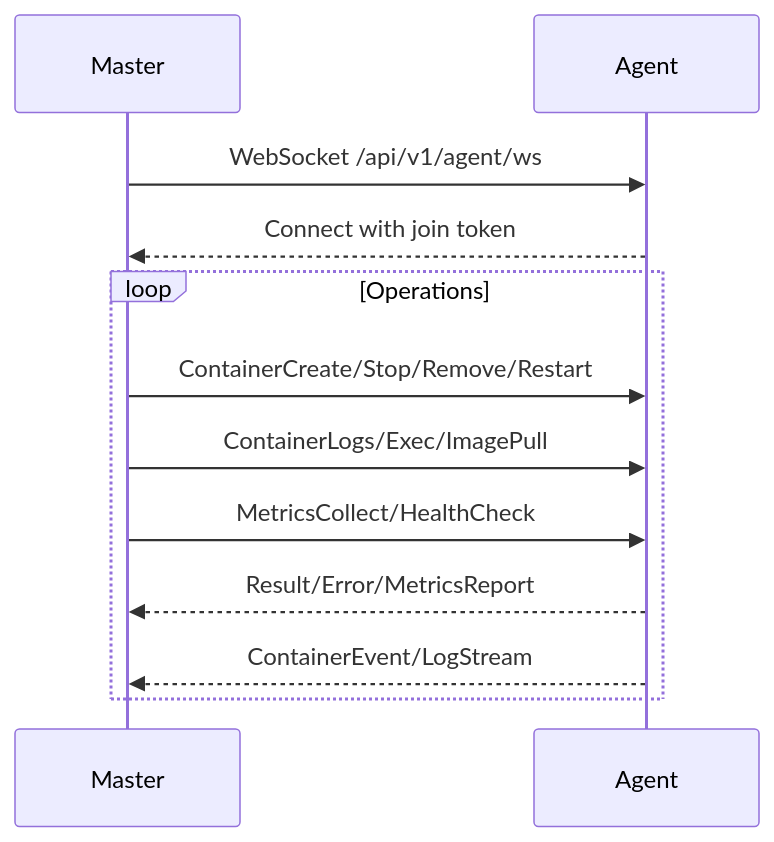
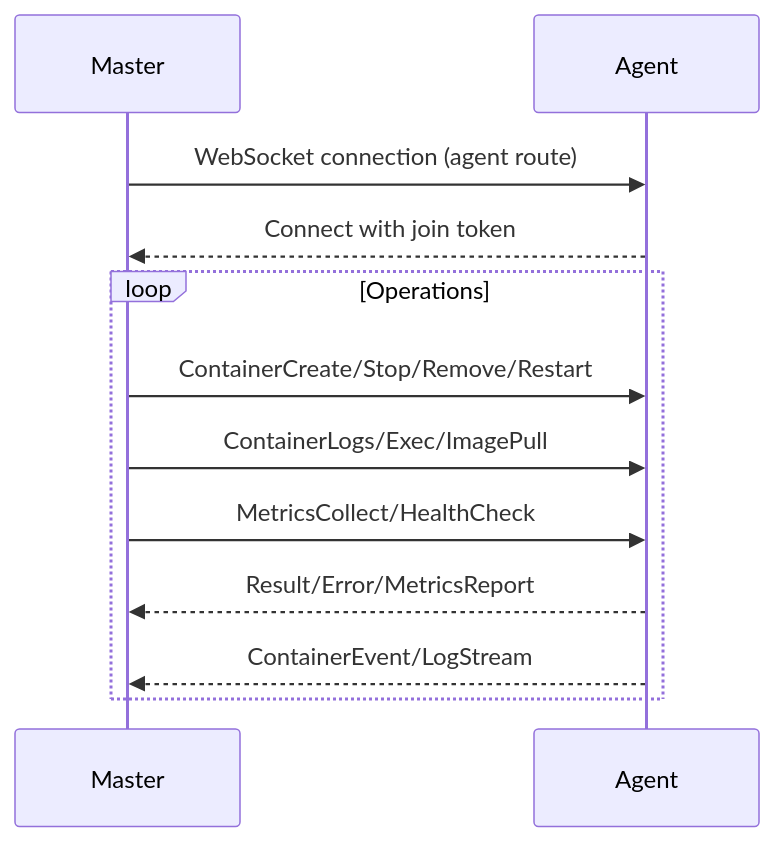
Before and after one commit to deploy-monster/deploy-monster: the ninth of 11 diagrams in ARCHITECTURE.md, drawn with Mermaid. The commit also changed other lines of this file and 6 other files, not shown here.

````diff
--- a/ARCHITECTURE.md
+++ b/ARCHITECTURE.md
@@ -831,16 +1093,16 @@
 ```mermaid
 sequenceDiagram
     participant Master
     participant Agent
-    
-    Master->>Agent: WebSocket /api/v1/agent/ws
+
+    Master->>Agent: WebSocket connection (agent route)
     Agent-->>Master: Connect with join token
-    
+
     loop Operations
         Master->>Agent: ContainerCreate/Stop/Remove/Restart
         Master->>Agent: ContainerLogs/Exec/ImagePull
         Master->>Agent: MetricsCollect/HealthCheck
         Agent-->>Master: Result/Error/MetricsReport
         Agent-->>Master: ContainerEvent/LogStream
     end
 ```
````
